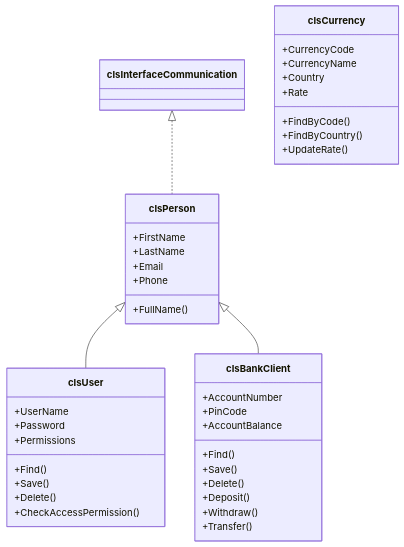
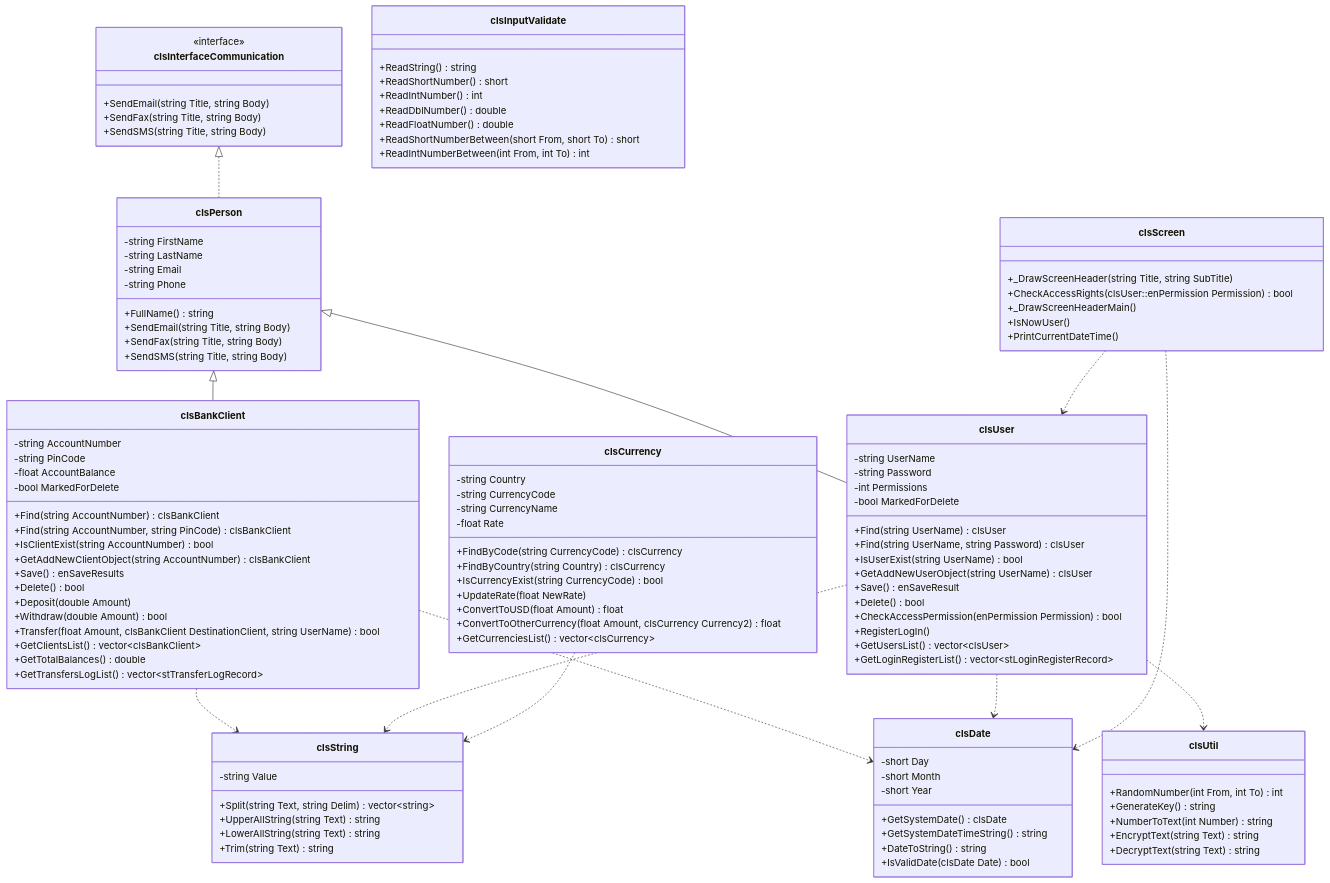
The second of 8 diagrams in README.md (youness-chregui-amin/E-BankSim-v2.0), drawn with Mermaid before and after one commit. The commit also changed other lines of this file, not shown here.

````diff
--- a/README.md
+++ b/README.md
@@ -350,49 +418,128 @@
 ```mermaid
 classDiagram
 
-    class clsInterfaceCommunication
-
-    class clsPerson{
-        +FirstName
-        +LastName
-        +Email
-        +Phone
-        +FullName()
+    class clsInterfaceCommunication {
+        <<interface>>
+        +SendEmail(string Title, string Body)
+        +SendFax(string Title, string Body)
+        +SendSMS(string Title, string Body)
     }
 
-    class clsUser{
-        +UserName
-        +Password
-        +Permissions
-        +Find()
-        +Save()
-        +Delete()
-        +CheckAccessPermission()
+    class clsPerson {
+        -string FirstName
+        -string LastName
+        -string Email
+        -string Phone
+        +FullName() string
+        +SendEmail(string Title, string Body)
+        +SendFax(string Title, string Body)
+        +SendSMS(string Title, string Body)
     }
 
-    class clsBankClient{
-        +AccountNumber
-        +PinCode
-        +AccountBalance
-        +Find()
-        +Save()
-        +Delete()
-        +Deposit()
-        +Withdraw()
-        +Transfer()
+    class clsBankClient {
+        -string AccountNumber
+        -string PinCode
+        -float AccountBalance
+        -bool MarkedForDelete
+        +Find(string AccountNumber) clsBankClient
+        +Find(string AccountNumber, string PinCode) clsBankClient
+        +IsClientExist(string AccountNumber) bool
+        +GetAddNewClientObject(string AccountNumber) clsBankClient
+        +Save() enSaveResults
+        +Delete() bool
+        +Deposit(double Amount)
+        +Withdraw(double Amount) bool
+        +Transfer(float Amount, clsBankClient DestinationClient, string UserName) bool
+        +GetClientsList() vector~clsBankClient~
+        +GetTotalBalances() double
+        +GetTransfersLogList() vector~stTransferLogRecord~
     }
 
-    class clsCurrency{
-        +CurrencyCode
-        +CurrencyName
-        +Country
-        +Rate
-        +FindByCode()
-        +FindByCountry()
-        +UpdateRate()
+    class clsUser {
+        -string UserName
+        -string Password
+        -int Permissions
+        -bool MarkedForDelete
+        +Find(string UserName) clsUser
+        +Find(string UserName, string Password) clsUser
+        +IsUserExist(string UserName) bool
+        +GetAddNewUserObject(string UserName) clsUser
+        +Save() enSaveResult
+        +Delete() bool
+        +CheckAccessPermission(enPermission Permission) bool
+        +RegisterLogIn()
+        +GetUsersList() vector~clsUser~
+        +GetLoginRegisterList() vector~stLoginRegisterRecord~
+    }
+
+    class clsCurrency {
+        -string Country
+        -string CurrencyCode
+        -string CurrencyName
+        -float Rate
+        +FindByCode(string CurrencyCode) clsCurrency
+        +FindByCountry(string Country) clsCurrency
+        +IsCurrencyExist(string CurrencyCode) bool
+        +UpdateRate(float NewRate)
+        +ConvertToUSD(float Amount) float
+        +ConvertToOtherCurrency(float Amount, clsCurrency Currency2) float
+        +GetCurrenciesList() vector~clsCurrency~
+    }
+
+    class clsScreen {
+        +_DrawScreenHeader(string Title, string SubTitle)
+        +CheckAccessRights(clsUser::enPermission Permission) bool
+        +_DrawScreenHeaderMain()
+        +IsNowUser()
+        +PrintCurrentDateTime()
+    }
+
+    class clsDate {
+        -short Day
+        -short Month
+        -short Year
+        +GetSystemDate() clsDate
+        +GetSystemDateTimeString() string
+        +DateToString() string
+        +IsValidDate(clsDate Date) bool
+    }
+
+    class clsString {
+        -string Value
+        +Split(string Text, string Delim) vector~string~
+        +UpperAllString(string Text) string
+        +LowerAllString(string Text) string
+        +Trim(string Text) string
+    }
+
+    class clsInputValidate {
+        +ReadString() string
+        +ReadShortNumber() short
+        +ReadIntNumber() int
+        +ReadDblNumber() double
+        +ReadFloatNumber() double
+        +ReadShortNumberBetween(short From, short To) short
+        +ReadIntNumberBetween(int From, int To) int
+    }
+
+    class clsUtil {
+        +RandomNumber(int From, int To) int
+        +GenerateKey() string
+        +NumberToText(int Number) string
+        +EncryptText(string Text) string
+        +DecryptText(string Text) string
     }
 
     clsInterfaceCommunication <|.. clsPerson
+    clsPerson <|-- clsBankClient
     clsPerson <|-- clsUser
-    clsPerson <|-- clsBankClient
+
+    clsBankClient ..> clsString
+    clsBankClient ..> clsDate
+    clsUser ..> clsString
+    clsUser ..> clsDate
+    clsUser ..> clsUtil
+    clsCurrency ..> clsString
+    clsScreen ..> clsUser
+    clsScreen ..> clsDate
 ```
````
